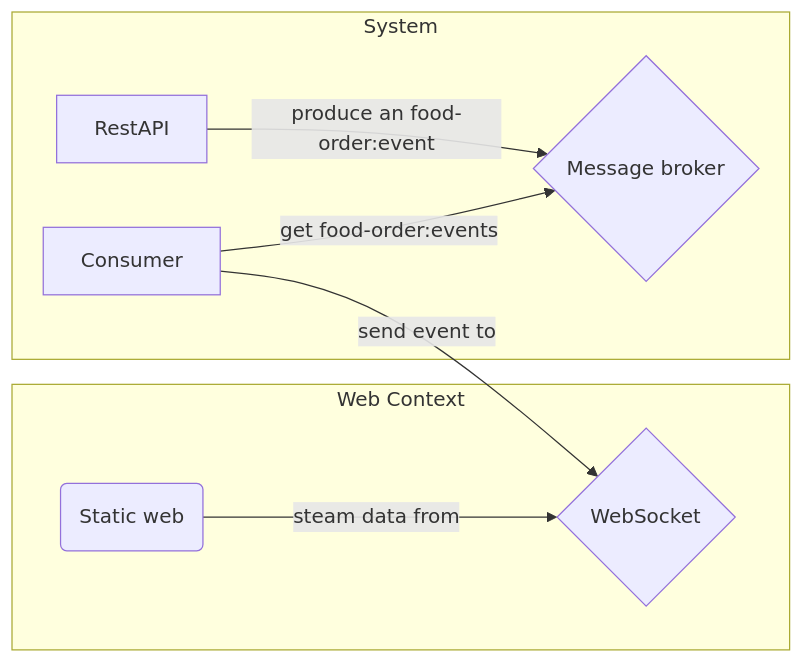
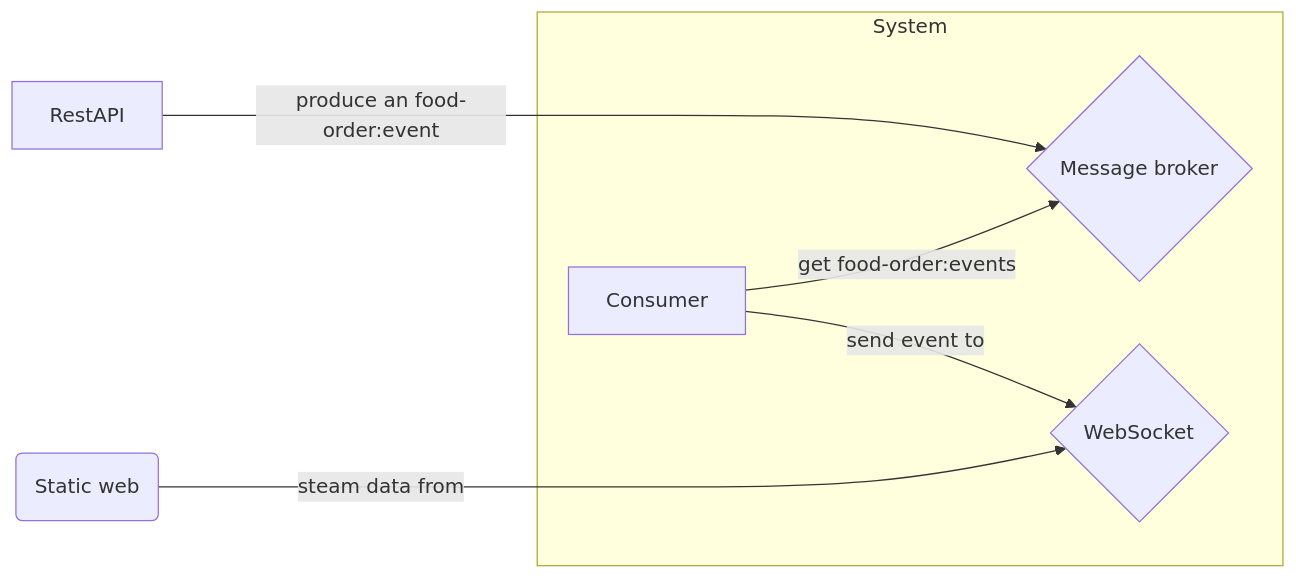
Before and after one commit to Armando-Torres/event-driven: the diagram in README.md, drawn with Mermaid.

Commit message:
Update mermaid graph

````diff
--- a/README.md
+++ b/README.md
@@ -36,12 +36,12 @@
 ```mermaid
 graph LR
-    subgraph Web Context
-        E(Static web) -- steam data from --> D
+    A[RestAPI] -- produce an food-order:event ----> B{Message broker}
+
+    subgraph System
+        C[Consumer] -- send event to --> D{WebSocket}
+        C -- get food-order:events --> B
     end
-    
-    subgraph System
-        A[RestAPI] -- produce an food-order:event --> B{Message broker}
-        C[Consumer] -- get food-order:events --> B
-        C -- send event to --> D{WebSocket}
-    end
+
+    E(Static web) -- steam data from ----> D
+
 ```
````
